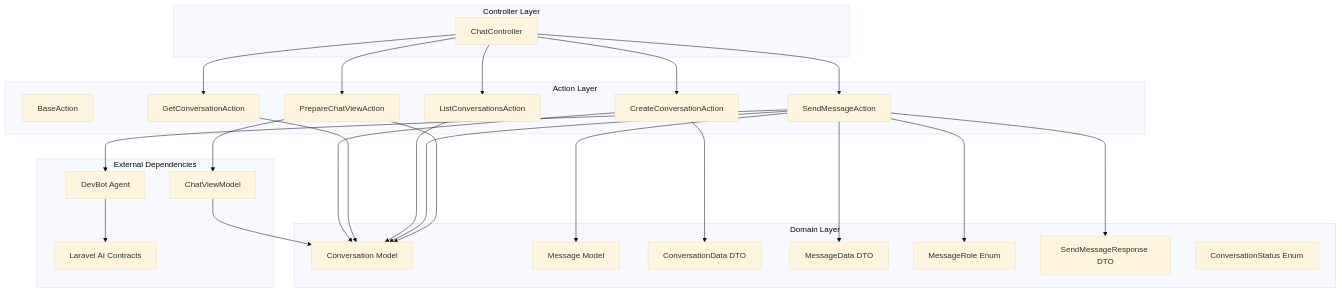
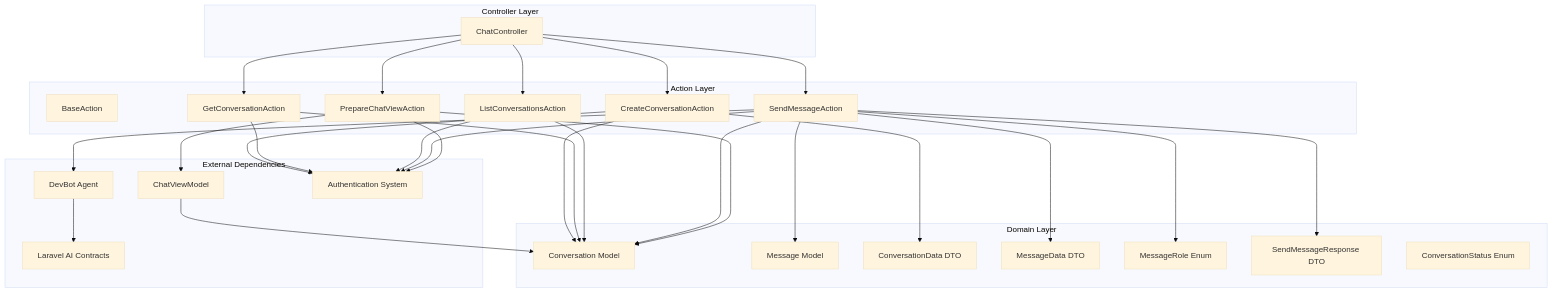
Before and after one commit to siimliimand/laravel-assistant: the ninth of 9 diagrams in .qoder/repowiki/en/content/Actions Layer Specification.md, drawn with Mermaid (base theme). The commit also changed other lines of this file and 5 other files, not shown here.

First line of the commit message:
feat(auth): integrate comprehensive user authentication and ownership validation

````diff
--- a/.qoder/repowiki/en/content/Actions Layer Specification.md
+++ b/.qoder/repowiki/en/content/Actions Layer Specification.md
@@ -383,47 +448,53 @@
 ```mermaid
 graph TB
 subgraph "Controller Layer"
 ChatController[ChatController]
 end
 subgraph "Action Layer"
 BaseAction[BaseAction]
 CreateAction[CreateConversationAction]
 GetAction[GetConversationAction]
 ListAction[ListConversationsAction]
 SendAction[SendMessageAction]
 PrepareAction[PrepareChatViewAction]
 end
 subgraph "Domain Layer"
 Conversation[Conversation Model]
 Message[Message Model]
 ConversationData[ConversationData DTO]
 MessageData[MessageData DTO]
 MessageRole[MessageRole Enum]
 SendMessageResponse[SendMessageResponse DTO]
 ConversationStatus[ConversationStatus Enum]
 end
 subgraph "External Dependencies"
 DevBot[DevBot Agent]
 LaravelAI[Laravel AI Contracts]
 ChatViewModel[ChatViewModel]
+AuthSystem[Authentication System]
 end
 ChatController --> CreateAction
 ChatController --> GetAction
 ChatController --> ListAction
 ChatController --> SendAction
 ChatController --> PrepareAction
 CreateAction --> Conversation
 CreateAction --> ConversationData
+CreateAction --> AuthSystem
 GetAction --> Conversation
+GetAction --> AuthSystem
 ListAction --> Conversation
+ListAction --> AuthSystem
 SendAction --> Message
 SendAction --> Conversation
 SendAction --> MessageData
 SendAction --> MessageRole
 SendAction --> SendMessageResponse
 SendAction --> DevBot
+SendAction --> AuthSystem
 PrepareAction --> Conversation
 PrepareAction --> ChatViewModel
+PrepareAction --> AuthSystem
 ChatViewModel --> Conversation
 DevBot --> LaravelAI
 ```
````
